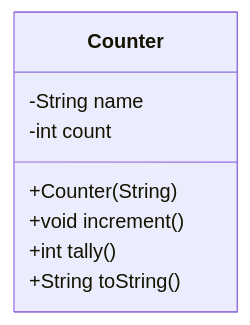
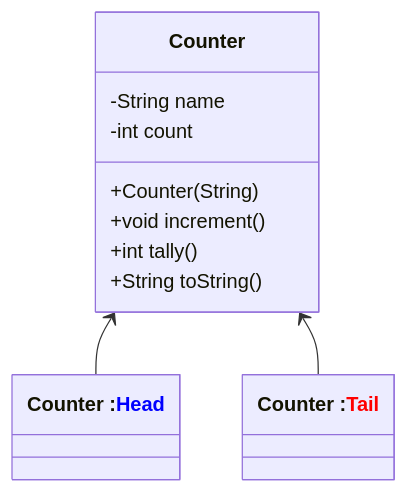
The diagram in Lab001/Question01.md (dsuberi/CIS385LabAssignment), drawn with Mermaid before and after one commit. The commit also changed other lines of this file, not shown here.

````diff
--- a/Lab001/Question01.md
+++ b/Lab001/Question01.md
@@ -7,11 +7,16 @@
 ```mermaid
 classDiagram
       class Counter{
             -String name
             -int count
             +Counter(String)
             +void increment()
             +int tally()
             +String toString()
       }
+      class Head["Counter :<font color='blue'>Head</font>"]
+      class Tail["Counter :<font color='red'>Tail</font>"]
+
+      Counter <-- Head
+      Counter <-- Tail
 ```
````
